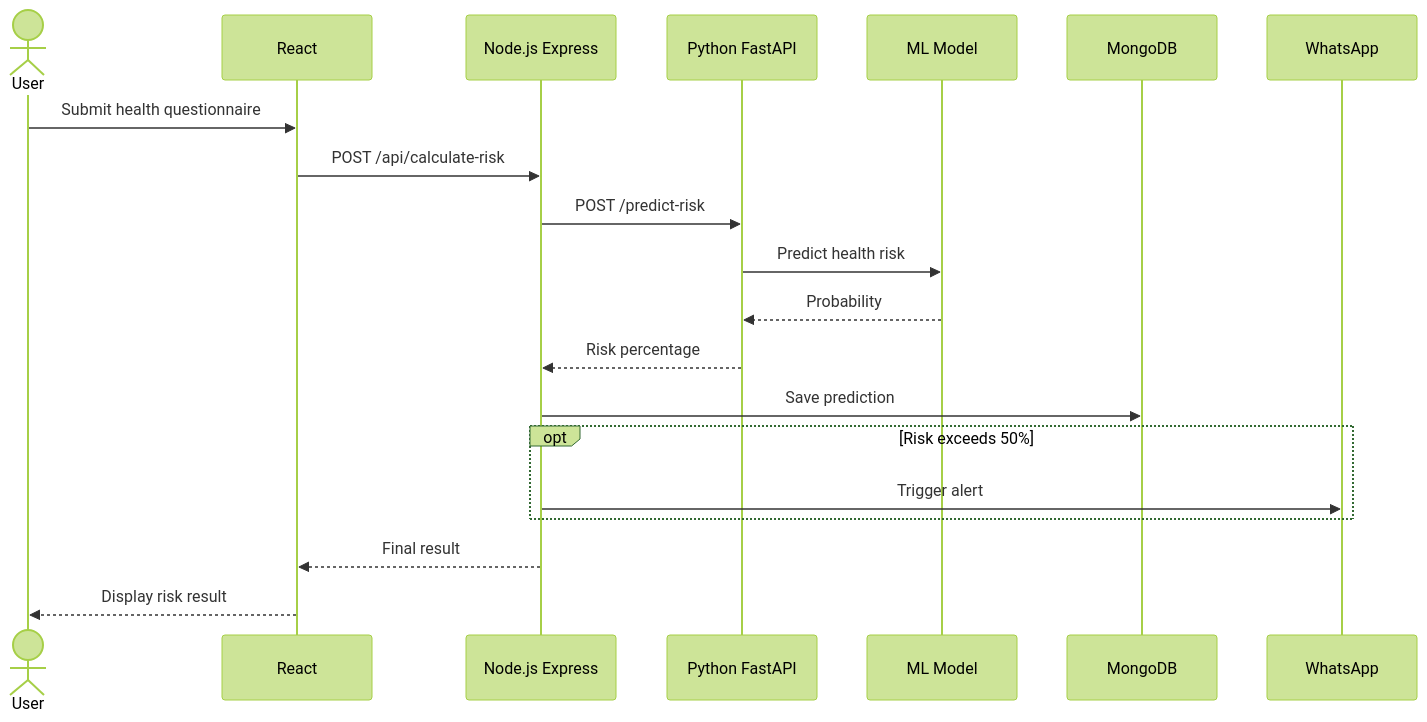
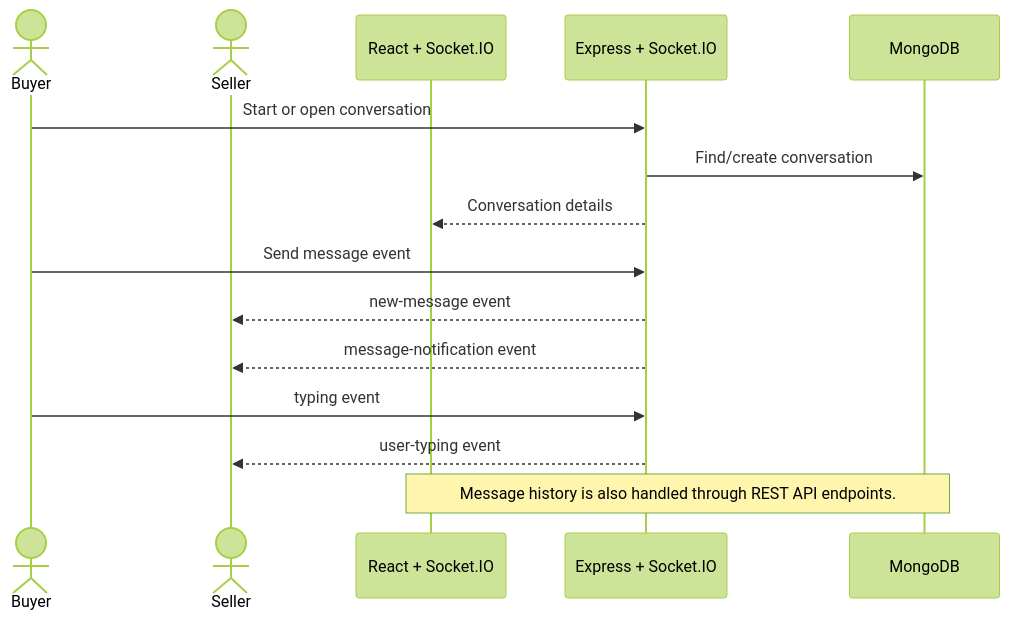
One commit to Rishabh-022/Property-bazaar changed the fifth of 5 diagrams in README.md. Above: the diagram before and after it, drawn with Mermaid (forest theme). The commit also changed other lines of this file, not shown here.

````diff
--- a/README.md
+++ b/README.md
@@ -698,23 +262,18 @@
-```mermaid
+``` mermaid
 sequenceDiagram
-    actor User
-    participant React
-    participant Express as Node.js Express
-    participant FastAPI as Python FastAPI
-    participant Model as ML Model
+    actor Buyer
+    actor Seller
+    participant Client as React + Socket.IO
+    participant Server as Express + Socket.IO
     participant DB as MongoDB
-    participant WA as WhatsApp
 
-    User->>React: Submit health questionnaire
-    React->>Express: POST /api/calculate-risk
-    Express->>FastAPI: POST /predict-risk
-    FastAPI->>Model: Predict health risk
-    Model-->>FastAPI: Probability
-    FastAPI-->>Express: Risk percentage
-    Express->>DB: Save prediction
-    opt Risk exceeds 50%
-        Express->>WA: Trigger alert
-    end
-    Express-->>React: Final result
-    React-->>User: Display risk result
+    Buyer->>Server: Start or open conversation
+    Server->>DB: Find/create conversation
+    Server-->>Client: Conversation details
+    Buyer->>Server: Send message event
+    Server-->>Seller: new-message event
+    Server-->>Seller: message-notification event
+    Buyer->>Server: typing event
+    Server-->>Seller: user-typing event
+    Note over Client,DB: Message history is also handled through REST API endpoints.
 ```
````
